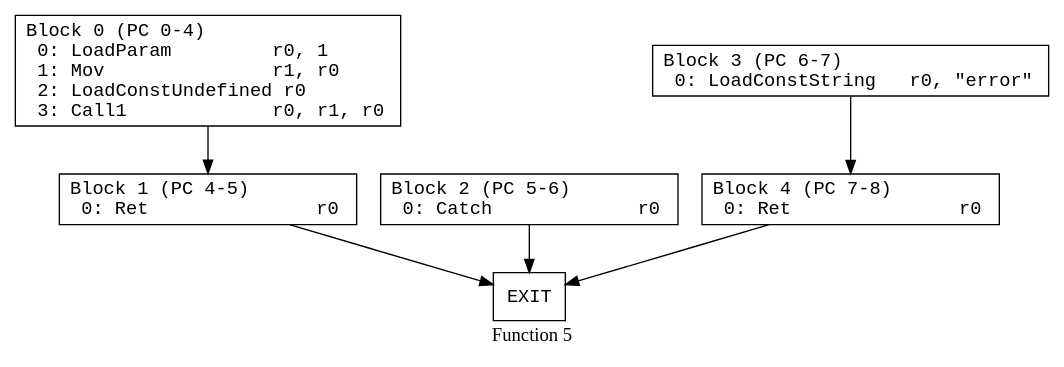
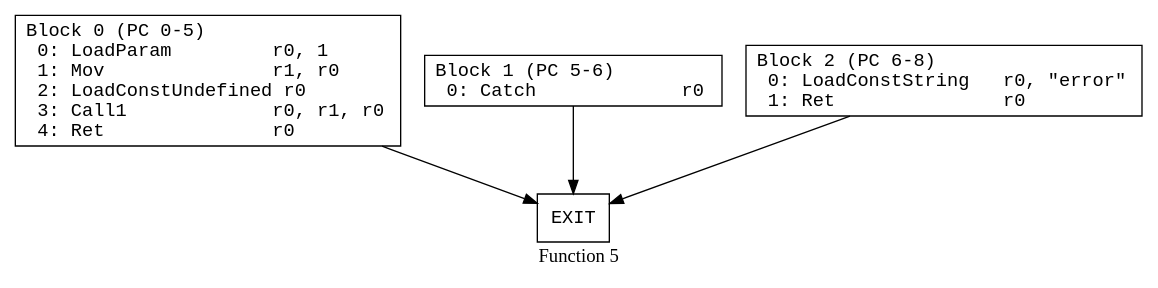
The diagram in data/individual_pdfs/flow_control_function_5.dot (kroo/hermes-dec-rs), drawn with Graphviz before and after one commit. The commit also changed 116 other files, not shown here.

```diff
--- a/data/individual_pdfs/flow_control_function_5.dot
+++ b/data/individual_pdfs/flow_control_function_5.dot
@@ -1,24 +1,20 @@
 // Function 5 from flow_control
 // Generated from data/flow_control.dot
 
 digraph {
   rankdir=TB;
   node [shape=box, fontname="monospace"];
 
   label = "Function 5";
   style = filled;
   color = lightgrey;
 
-  f5_n0 [ label = "Block 0 (PC 0-4)\l  0: LoadParam         r0, 1\l  1: Mov               r1, r0\l  2: LoadConstUndefined r0\l  3: Call1             r0, r1, r0\l" ]
-  f5_n1 [ label = "Block 1 (PC 4-5)\l  0: Ret               r0\l" ]
-  f5_n2 [ label = "Block 2 (PC 5-6)\l  0: Catch             r0\l" ]
-  f5_n3 [ label = "Block 3 (PC 6-7)\l  0: LoadConstString   r0, \"error\"\l" ]
-  f5_n4 [ label = "Block 4 (PC 7-8)\l  0: Ret               r0\l" ]
-  f5_n5 [ label = "EXIT" ]
+  f5_n0 [ label = "Block 0 (PC 0-5)\l  0: LoadParam         r0, 1\l  1: Mov               r1, r0\l  2: LoadConstUndefined r0\l  3: Call1             r0, r1, r0\l  4: Ret               r0\l" ]
+  f5_n1 [ label = "Block 1 (PC 5-6)\l  0: Catch             r0\l" ]
+  f5_n2 [ label = "Block 2 (PC 6-8)\l  0: LoadConstString   r0, \"error\"\l  1: Ret               r0\l" ]
+  f5_n3 [ label = "EXIT" ]
 
-  f5_n0 -> f5_n1
-  f5_n1 -> f5_n5
-  f5_n2 -> f5_n5
-  f5_n3 -> f5_n4
-  f5_n4 -> f5_n5
+  f5_n0 -> f5_n3
+  f5_n1 -> f5_n3
+  f5_n2 -> f5_n3
 }
```
